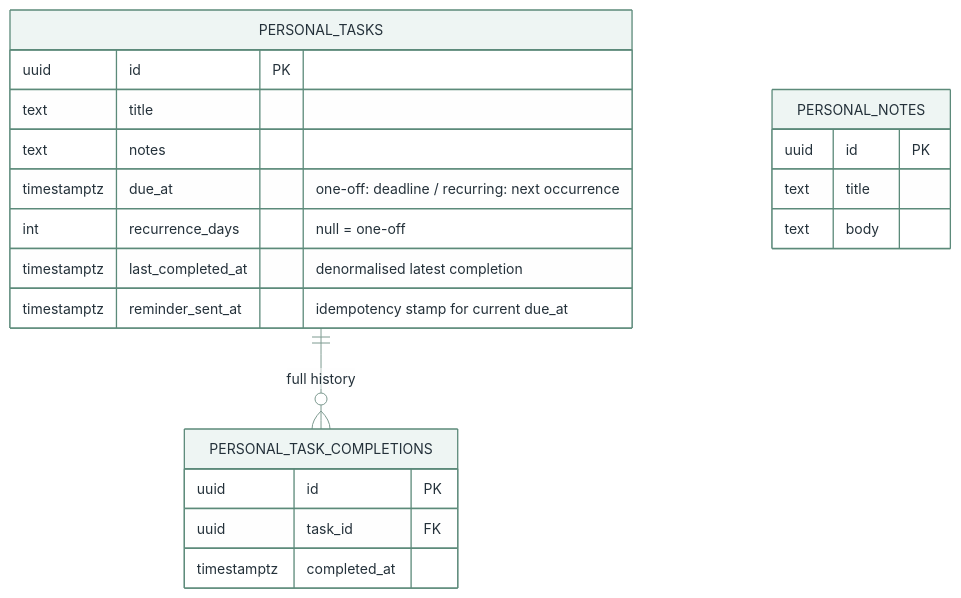
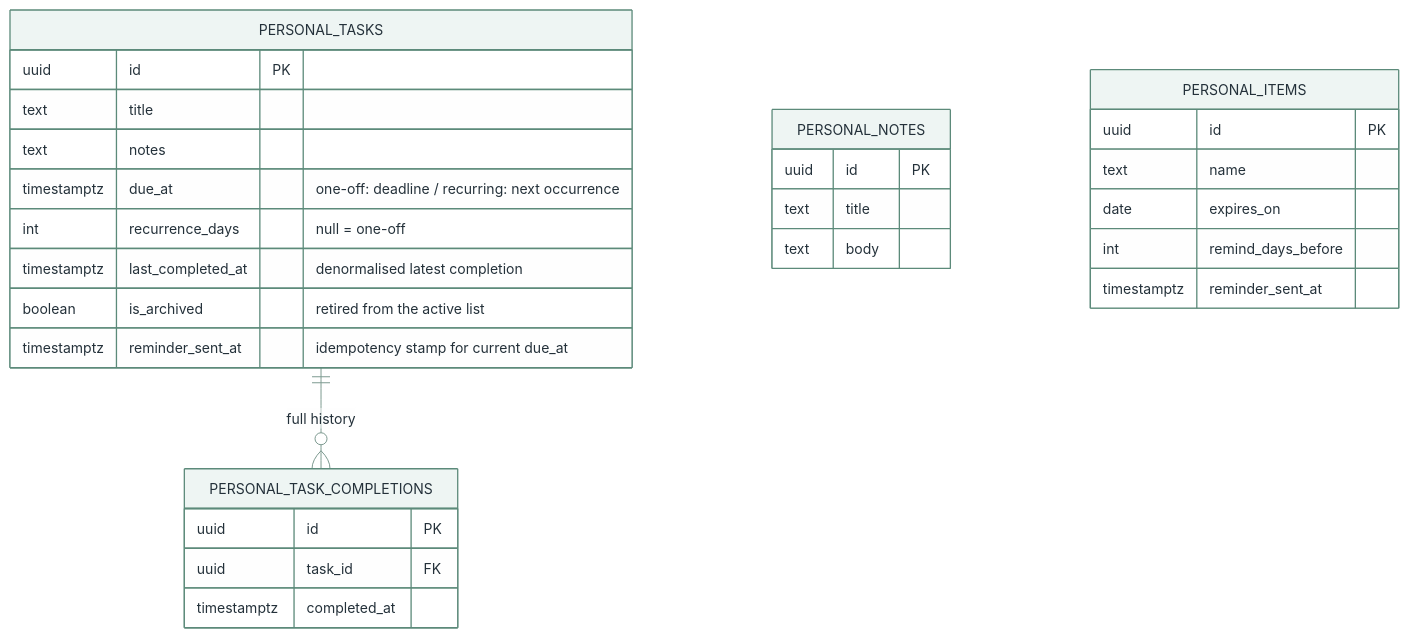
The fourth of 5 diagrams in docs/data-model.md (xxvazquez/health-management), drawn with Mermaid before and after one commit. The commit also changed other lines of this file and 34 other files, not shown here.

````diff
--- a/docs/data-model.md
+++ b/docs/data-model.md
@@ -194,29 +196,37 @@
 ```mermaid
 %%{init: {"theme": "base", "themeVariables": {
   "primaryColor": "#eef5f3", "primaryBorderColor": "#5c8a7a",
   "primaryTextColor": "#24313a", "lineColor": "#7d9a90",
   "fontFamily": "Inter, -apple-system, sans-serif", "fontSize": "14px"
 }}}%%
 erDiagram
     PERSONAL_TASKS ||--o{ PERSONAL_TASK_COMPLETIONS : "full history"
 
     PERSONAL_NOTES {
         uuid id PK
         text title
         text body
     }
     PERSONAL_TASKS {
         uuid        id PK
         text        title
         text        notes
         timestamptz due_at "one-off: deadline / recurring: next occurrence"
         int         recurrence_days "null = one-off"
         timestamptz last_completed_at "denormalised latest completion"
+        boolean     is_archived "retired from the active list"
         timestamptz reminder_sent_at "idempotency stamp for current due_at"
     }
     PERSONAL_TASK_COMPLETIONS {
         uuid        id PK
         uuid        task_id FK
         timestamptz completed_at
     }
+    PERSONAL_ITEMS {
+        uuid id PK
+        text name
+        date expires_on
+        int  remind_days_before
+        timestamptz reminder_sent_at
+    }
 ```
````
